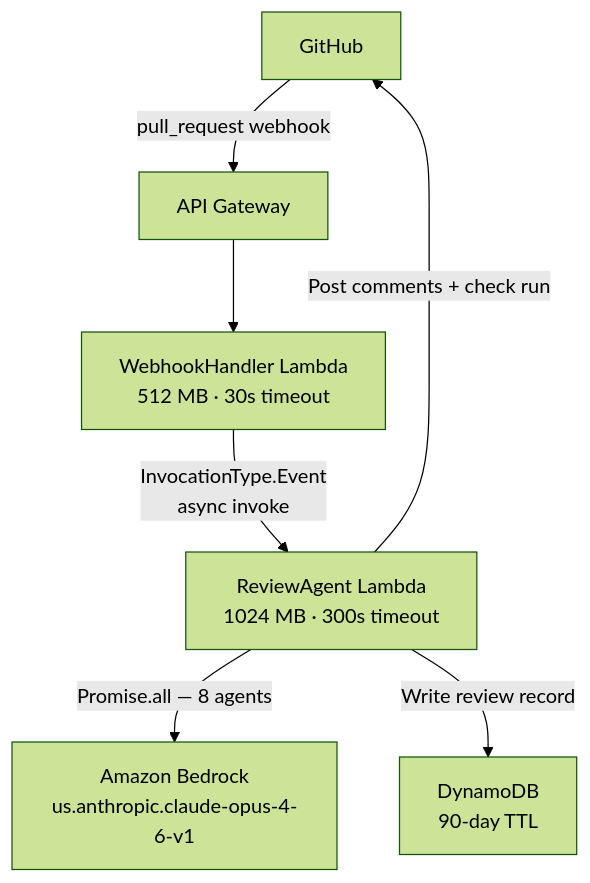
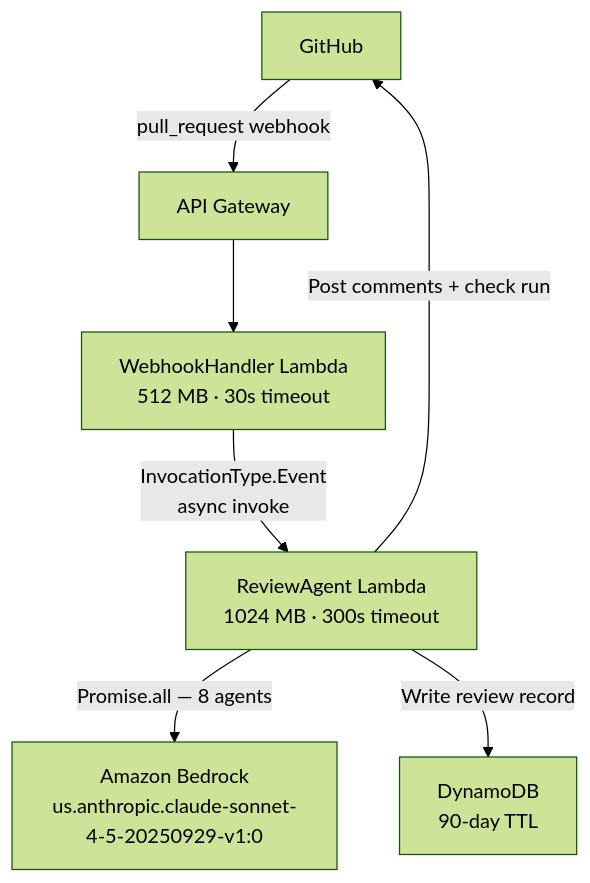
The first of 2 diagrams in docs-site/deployment/architecture.mdx (mergewatch/mergewatch.ai), drawn with Mermaid (forest theme) before and after one commit. The commit also changed other lines of this file and 19 other files, not shown here.

````diff
--- a/docs-site/deployment/architecture.mdx
+++ b/docs-site/deployment/architecture.mdx
@@ -12,9 +12,9 @@
 ```mermaid
 graph TD
     A[GitHub] -->|pull_request webhook| B[API Gateway]
     B --> C[WebhookHandler Lambda<br/>512 MB · 30s timeout]
     C -->|InvocationType.Event<br/>async invoke| D[ReviewAgent Lambda<br/>1024 MB · 300s timeout]
-    D -->|Promise.all — 8 agents| E[Amazon Bedrock<br/>us.anthropic.claude-opus-4-6-v1]
+    D -->|Promise.all — 8 agents| E[Amazon Bedrock<br/>us.anthropic.claude-sonnet-4-5-20250929-v1:0]
     D -->|Write review record| F[DynamoDB<br/>90-day TTL]
     D -->|Post comments + check run| A
 ```
````
